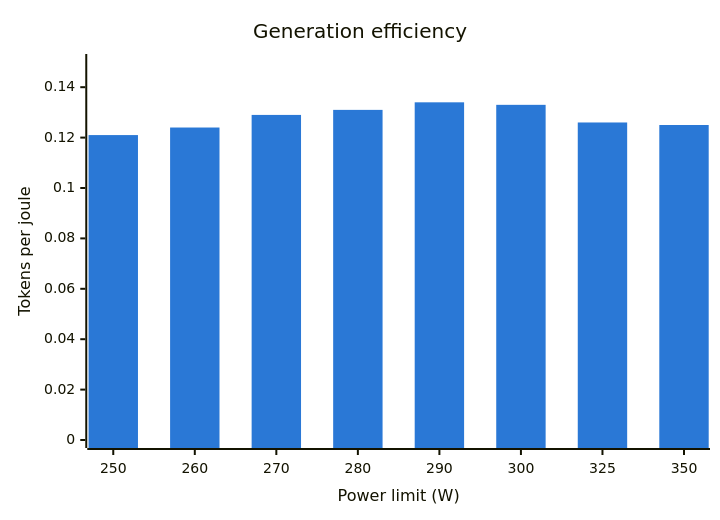
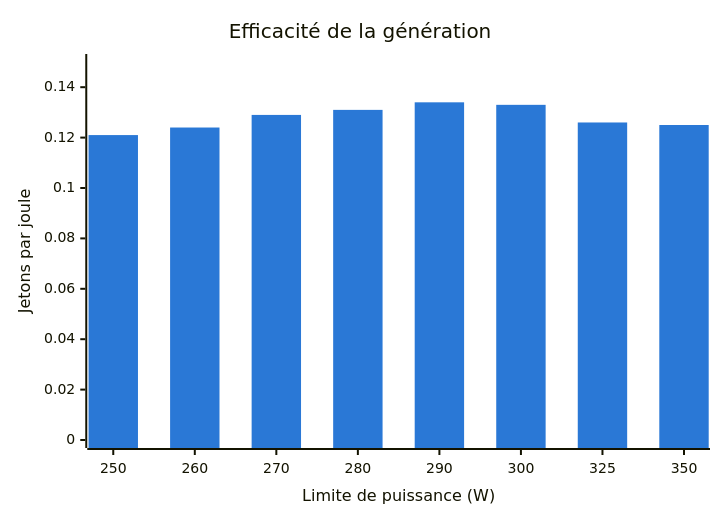
The second of 4 diagrams in benchmarks/power-limit/README.md (rem-lit/SummerAI), drawn with Mermaid before and after one commit. The commit also changed other lines of this file and 22 other files, not shown here.

````diff
--- a/benchmarks/power-limit/README.md
+++ b/benchmarks/power-limit/README.md
@@ -44,13 +44,13 @@
 ```mermaid
 ---
 config:
   themeVariables:
     xyChart:
       plotColorPalette: "#2a78d6"
 ---
 xychart-beta
-  title "Generation efficiency"
-  x-axis "Power limit (W)" [250, 260, 270, 280, 290, 300, 325, 350]
-  y-axis "Tokens per joule" 0 --> 0.15
+  title "Efficacité de la génération"
+  x-axis "Limite de puissance (W)" [250, 260, 270, 280, 290, 300, 325, 350]
+  y-axis "Jetons par joule" 0 --> 0.15
   bar [0.121, 0.124, 0.129, 0.131, 0.134, 0.133, 0.126, 0.125]
 ```
````
